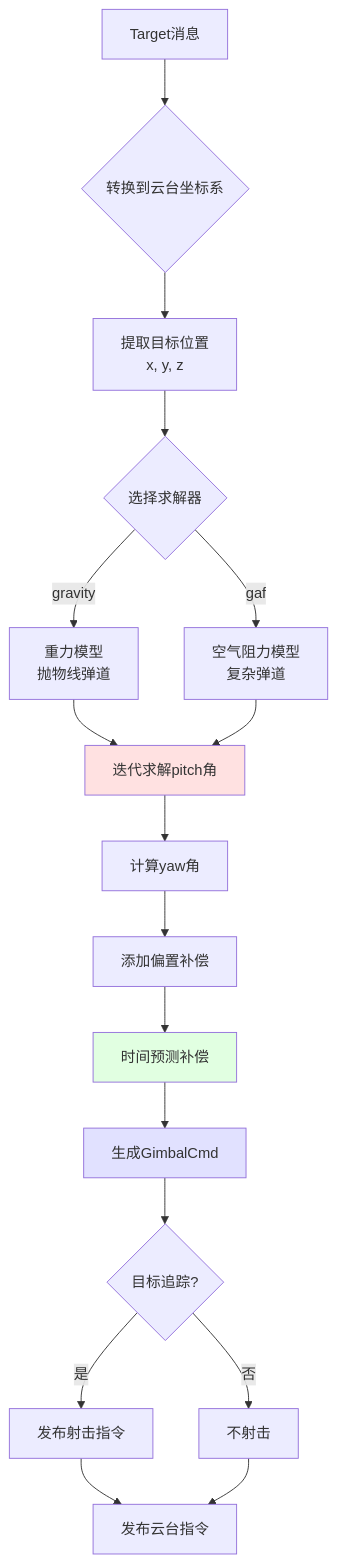
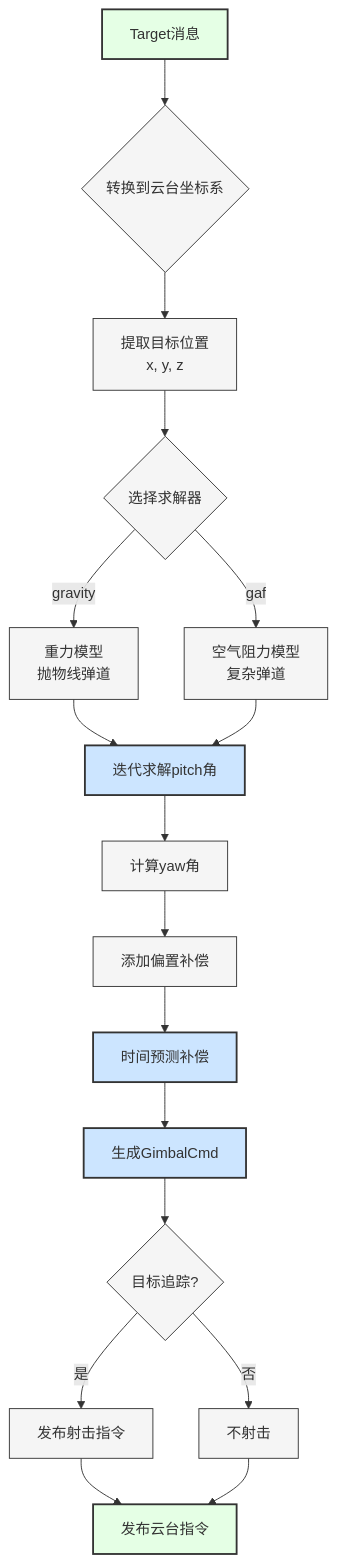
One commit to happywosabi/pb2025_sentry_ws changed the ninth of 11 diagrams in docs/03_感知层.md. Above: the diagram before and after it, drawn with Mermaid. The commit also changed other lines of this file and 5 other files, not shown here.

````diff
--- a/docs/03_感知层.md
+++ b/docs/03_感知层.md
@@ -501,28 +509,32 @@
 ```mermaid
 graph TB
     A[Target消息] --> B{转换到云台坐标系}
     B --> C[提取目标位置<br>x, y, z]
 
     C --> D{选择求解器}
     D -->|gravity| E[重力模型<br>抛物线弹道]
     D -->|gaf| F[空气阻力模型<br>复杂弹道]
 
     E --> G[迭代求解pitch角]
     F --> G
 
     G --> H[计算yaw角]
     H --> I[添加偏置补偿]
     I --> J[时间预测补偿]
 
     J --> K[生成GimbalCmd]
     K --> L{目标追踪?}
     L -->|是| M[发布射击指令]
     L -->|否| N[不射击]
 
     M --> O[发布云台指令]
     N --> O
 
-    style G fill:#ffe1e1
-    style J fill:#e1ffe1
-    style K fill:#e1e1ff
+    classDef perceptionClass fill:#CCE5FF,stroke:#333,stroke-width:2px
+    classDef dataClass fill:#E5FFE5,stroke:#333,stroke-width:2px
+    classDef processClass fill:#F5F5F5,stroke:#333,stroke-width:1px
+
+    class G,J,K perceptionClass
+    class A,O dataClass
+    class B,C,D,E,F,H,I,L,M,N processClass
 ```
````
